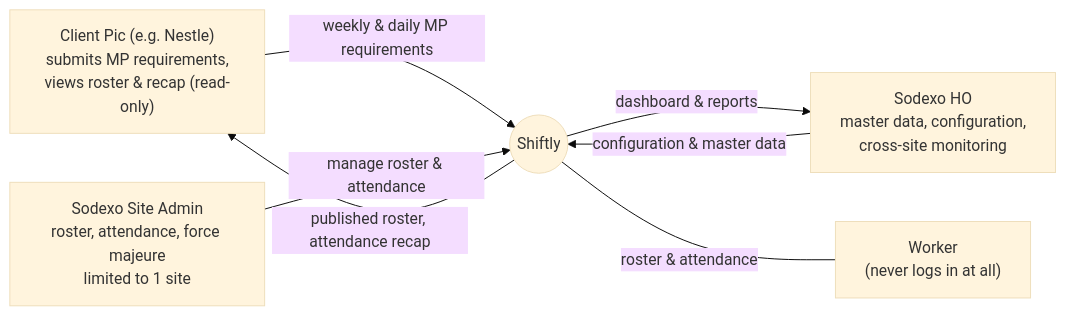
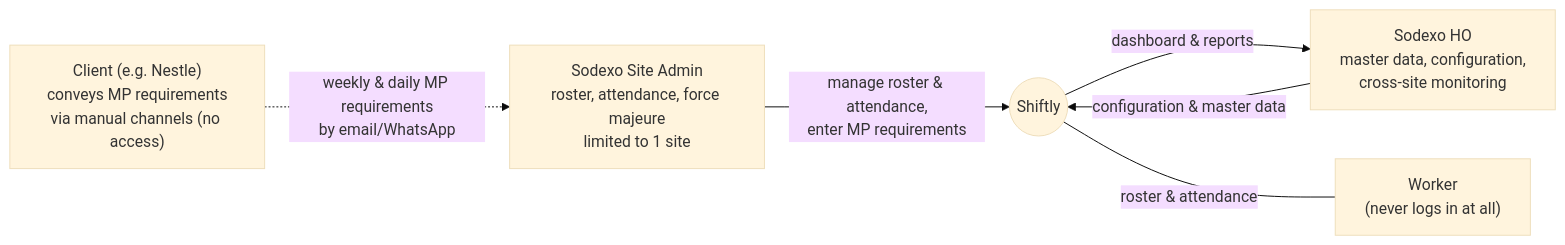
The first of 5 diagrams in docs/architecture.md (XOIntern/Shiftly), drawn with Mermaid (base theme) before and after one commit. The commit also changed other lines of this file, not shown here.

First line of the commit message:
docs(architecture): drop Client Pic role, keep Site Admin and HO

````diff
--- a/docs/architecture.md
+++ b/docs/architecture.md
@@ -25,16 +25,15 @@
 ```mermaid
 graph LR
-    PC["Client Pic (e.g. Nestle)<br/>submits MP requirements,<br/>views roster & recap (read-only)"]
+    C["Client (e.g. Nestle)<br/>conveys MP requirements<br/>via manual channels (no access)"]
     AS["Sodexo Site Admin<br/>roster, attendance, force majeure<br/>limited to 1 site"]
     HO["Sodexo HO<br/>master data, configuration,<br/>cross-site monitoring"]
 
     S(("Shiftly"))
 
-    PC -->|weekly & daily MP requirements| S
-    S -->|published roster, attendance recap| PC
-    AS -->|manage roster & attendance| S
+    C -.->|weekly & daily MP requirements<br/>by email/WhatsApp| AS
+    AS -->|manage roster & attendance,<br/>enter MP requirements| S
     HO -->|configuration & master data| S
     S -->|dashboard & reports| HO
 
     S ---|roster & attendance| W["Worker<br/>(never logs in at all)"]
 ```
````
